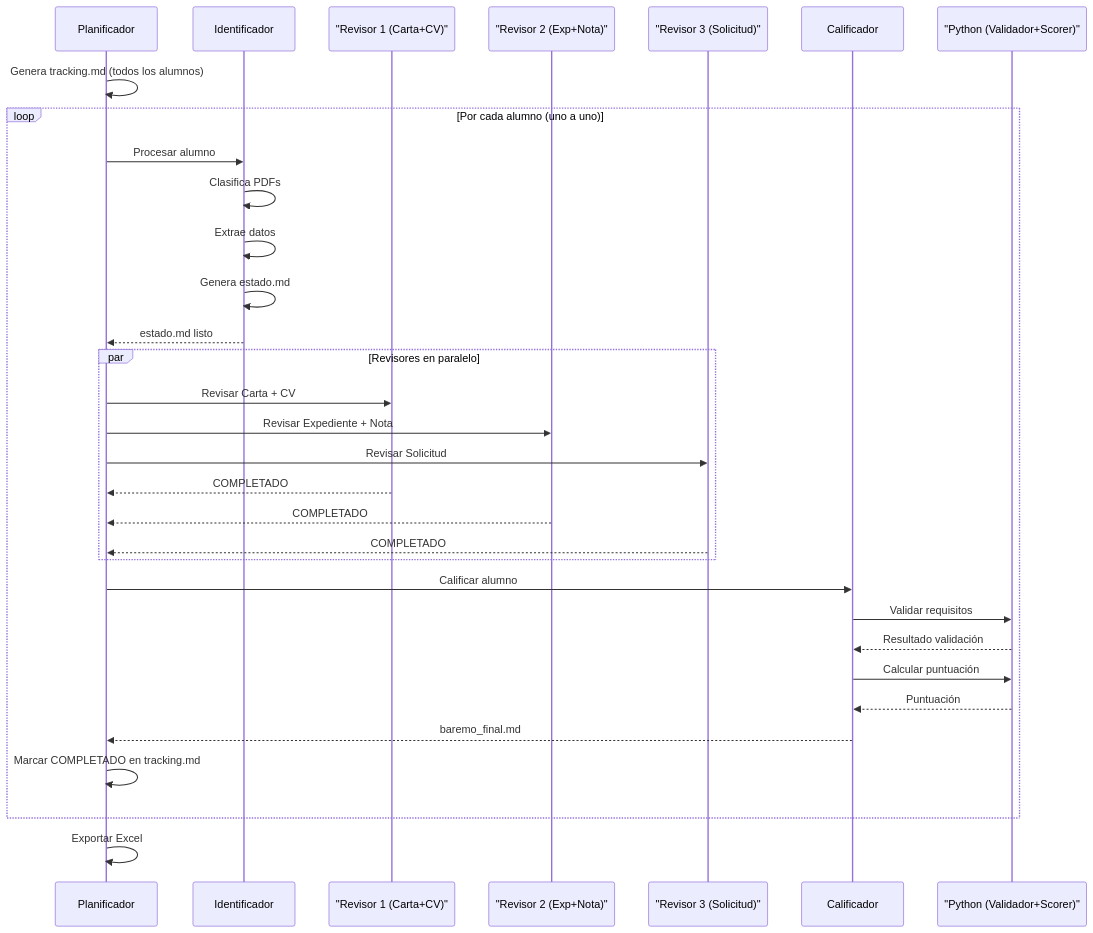
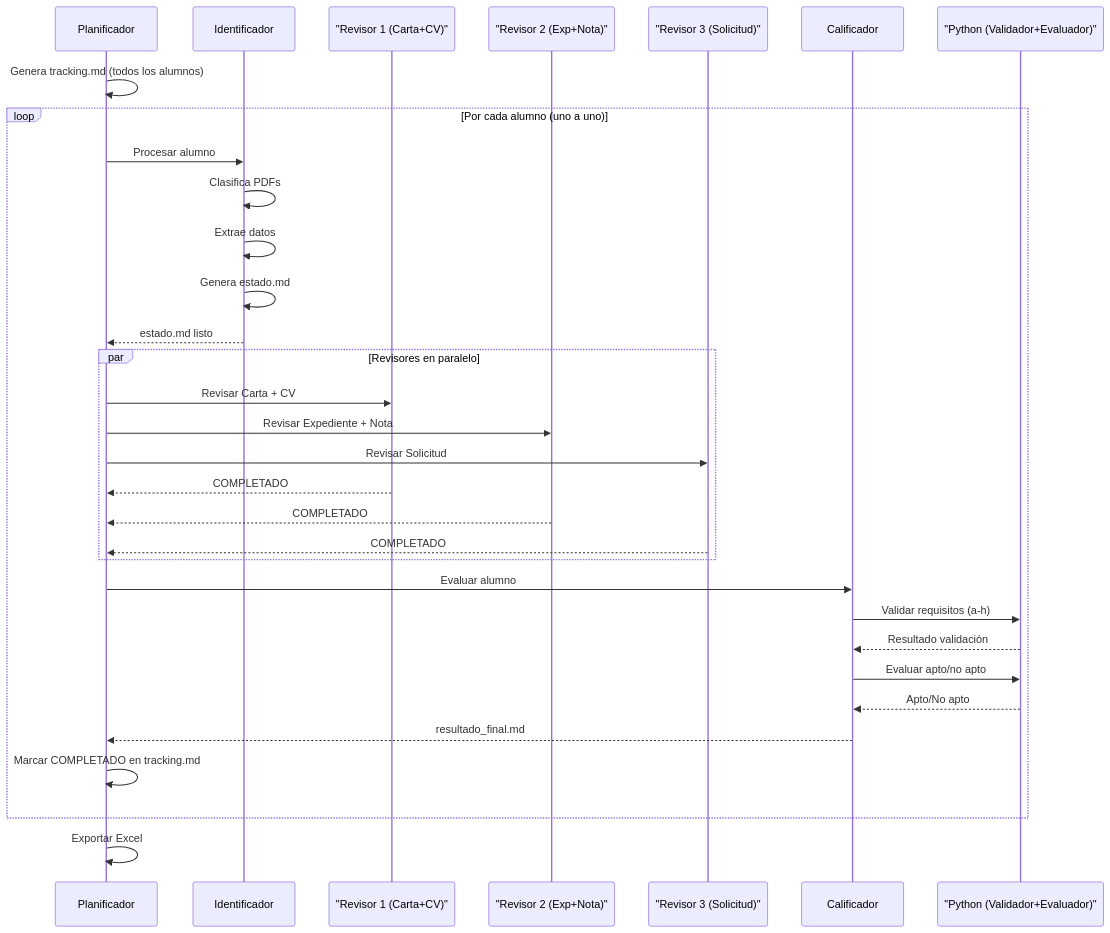
The second of 2 diagrams in README.md (martinhnandezfnandez-code/sistema-de-baremado), drawn with Mermaid before and after one commit. The commit also changed other lines of this file and 13 other files, not shown here.

First line of the commit message:
feat: reemplazar baremo numérico por validación binaria de 8 requisitos (a-h)

````diff
--- a/README.md
+++ b/README.md
@@ -62,40 +62,40 @@
 ```mermaid
 sequenceDiagram
     participant P as Planificador
     participant I as Identificador
     participant R1 as "Revisor 1 (Carta+CV)"
     participant R2 as "Revisor 2 (Exp+Nota)"
     participant R3 as "Revisor 3 (Solicitud)"
     participant C as Calificador
-    participant Py as "Python (Validador+Scorer)"
+    participant Py as "Python (Validador+Evaluador)"
 
     P->>P: Genera tracking.md (todos los alumnos)
 
     loop Por cada alumno (uno a uno)
         P->>I: Procesar alumno
         I->>I: Clasifica PDFs
         I->>I: Extrae datos
         I->>I: Genera estado.md
         I-->>P: estado.md listo
 
         par Revisores en paralelo
             P->>R1: Revisar Carta + CV
             P->>R2: Revisar Expediente + Nota
             P->>R3: Revisar Solicitud
             R1-->>P: COMPLETADO
             R2-->>P: COMPLETADO
             R3-->>P: COMPLETADO
         end
 
-        P->>C: Calificar alumno
-        C->>Py: Validar requisitos
+        P->>C: Evaluar alumno
+        C->>Py: Validar requisitos (a-h)
         Py-->>C: Resultado validación
-        C->>Py: Calcular puntuación
-        Py-->>C: Puntuación
-        C-->>P: baremo_final.md
+        C->>Py: Evaluar apto/no apto
+        Py-->>C: Apto/No apto
+        C-->>P: resultado_final.md
 
         P->>P: Marcar COMPLETADO en tracking.md
     end
 
     P->>P: Exportar Excel
 ```
````
